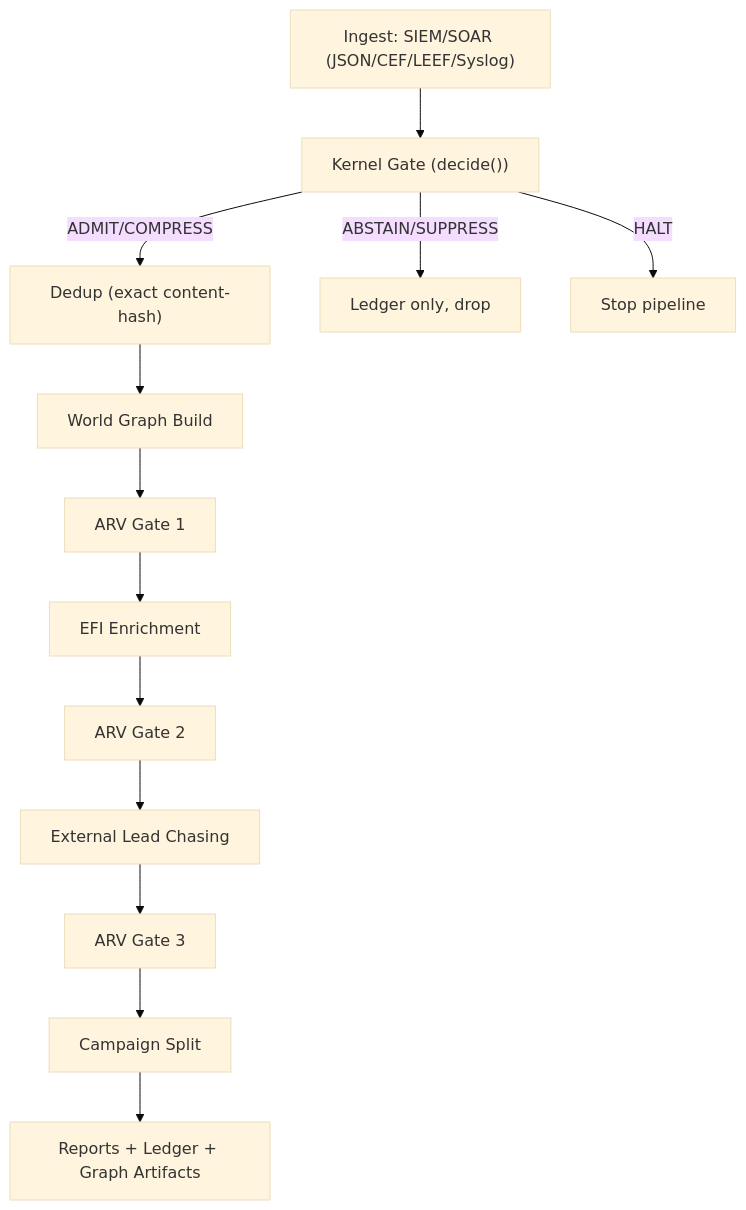
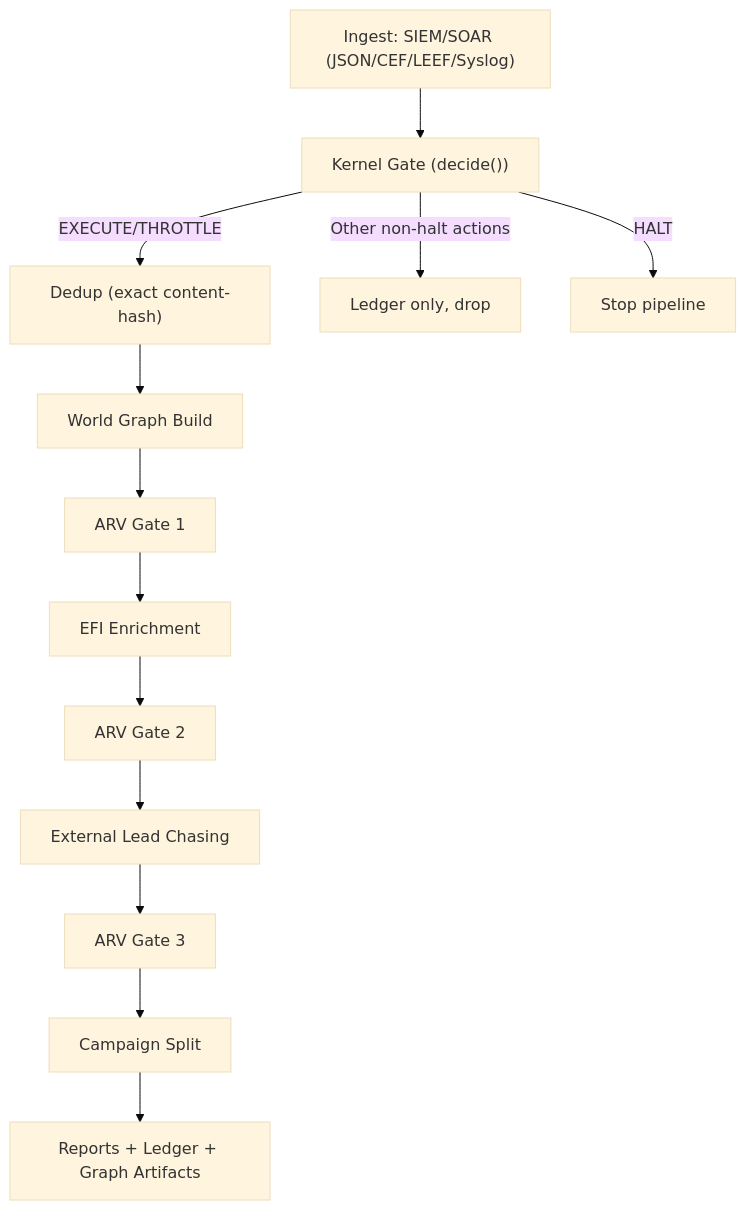
Before and after one commit to YalcinkayaE/CIX: the diagram in docs/AxoDen_Canonical_Blueprint.md, drawn with Mermaid (base theme). The commit also changed other lines of this file and 4 other files, not shown here.

````diff
--- a/docs/AxoDen_Canonical_Blueprint.md
+++ b/docs/AxoDen_Canonical_Blueprint.md
@@ -66,15 +67,15 @@
 ```mermaid
 flowchart TB
   A["Ingest: SIEM/SOAR (JSON/CEF/LEEF/Syslog)"] --> B["Kernel Gate (decide())"]
-  B -->|"ADMIT/COMPRESS"| C["Dedup (exact content-hash)"]
-  B -->|"ABSTAIN/SUPPRESS"| Z["Ledger only, drop"]
+  B -->|"EXECUTE/THROTTLE"| C["Dedup (exact content-hash)"]
+  B -->|"Other non-halt actions"| Z["Ledger only, drop"]
   B -->|"HALT"| H["Stop pipeline"]
   C --> D["World Graph Build"]
   D --> E["ARV Gate 1"]
   E --> F["EFI Enrichment"]
   F --> G["ARV Gate 2"]
   G --> I["External Lead Chasing"]
   I --> J["ARV Gate 3"]
   J --> K["Campaign Split"]
   K --> L["Reports + Ledger + Graph Artifacts"]
 ```
````
